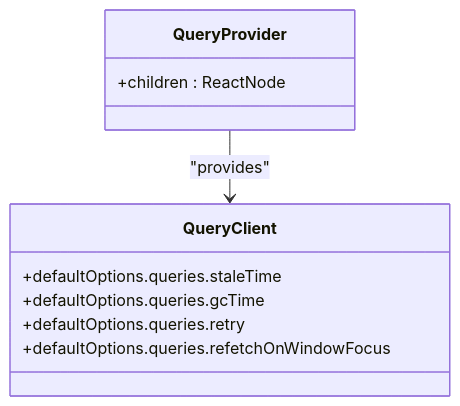
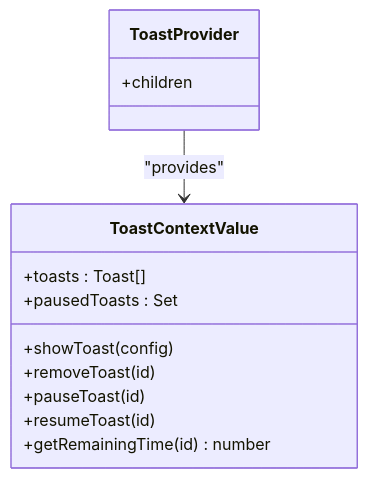
One commit to Meaetin/alibaba-hackathon changed the fifth of 6 diagrams in .qoder/repowiki/en/content/Architecture Overview/System Design.md. Above: the diagram before and after it, drawn with Mermaid. The commit also changed other lines of this file and 241 other files, not shown here.

````diff
--- a/.qoder/repowiki/en/content/Architecture Overview/System Design.md
+++ b/.qoder/repowiki/en/content/Architecture Overview/System Design.md
@@ -166,13 +182,16 @@
 ```mermaid
 classDiagram
-class QueryProvider {
-+children : ReactNode
+class ToastContextValue {
++showToast(config)
++removeToast(id)
++pauseToast(id)
++resumeToast(id)
++getRemainingTime(id) number
++toasts : Toast[]
++pausedToasts : Set<string>
 }
-class QueryClient {
-+defaultOptions.queries.staleTime
-+defaultOptions.queries.gcTime
-+defaultOptions.queries.retry
-+defaultOptions.queries.refetchOnWindowFocus
+class ToastProvider {
++children
 }
-QueryProvider --> QueryClient : "provides"
+ToastProvider --> ToastContextValue : "provides"
 ```
````
